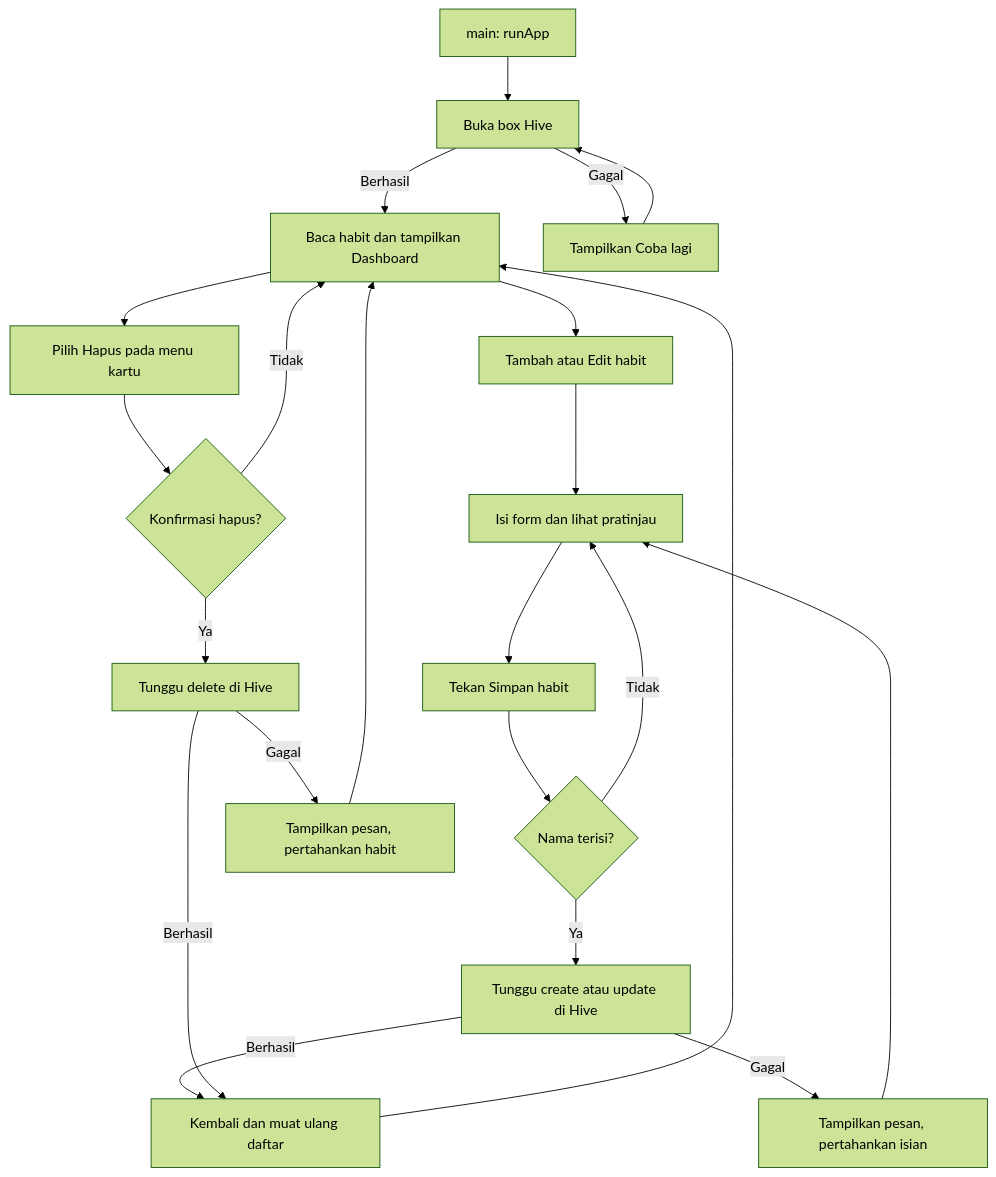
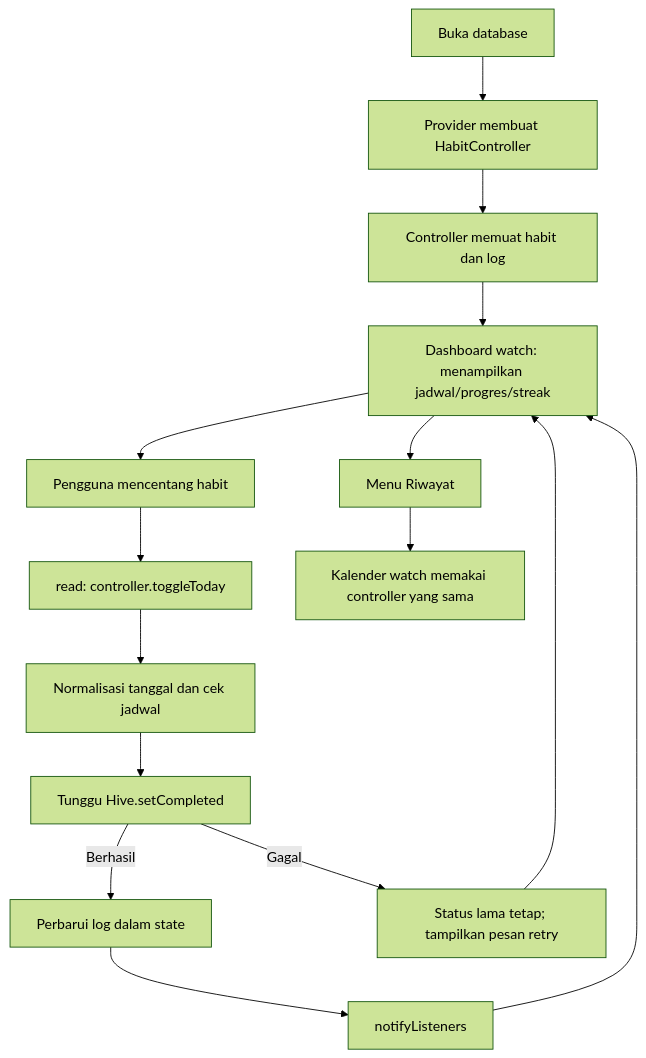
Before and after one commit to sanzskuy09/habbit-tracker: the second of 2 diagrams in README.md, drawn with Mermaid (forest theme). The commit also changed other lines of this file and 36 other files, not shown here.

````diff
--- a/README.md
+++ b/README.md
@@ -116,24 +199,17 @@
 ```mermaid
 flowchart TD
-    A[main: runApp] --> B[Buka box Hive]
-    B -- Berhasil --> C[Baca habit dan tampilkan Dashboard]
-    B -- Gagal --> D[Tampilkan Coba lagi]
-    D --> B
-    C --> E[Tambah atau Edit habit]
-    E --> F[Isi form dan lihat pratinjau]
-    F --> G[Tekan Simpan habit]
-    G --> H{Nama terisi?}
-    H -- Tidak --> F
-    H -- Ya --> I[Tunggu create atau update di Hive]
-    I -- Berhasil --> J[Kembali dan muat ulang daftar]
-    I -- Gagal --> K[Tampilkan pesan, pertahankan isian]
-    K --> F
-    C --> L[Pilih Hapus pada menu kartu]
-    L --> M{Konfirmasi hapus?}
-    M -- Ya --> N[Tunggu delete di Hive]
-    M -- Tidak --> C
-    N -- Berhasil --> J
-    N -- Gagal --> O[Tampilkan pesan, pertahankan habit]
-    O --> C
-    J --> C
+    A[Buka database] --> B[Provider membuat HabitController]
+    B --> C[Controller memuat habit dan log]
+    C --> D[Dashboard watch: menampilkan jadwal/progres/streak]
+    D --> E[Pengguna mencentang habit]
+    E --> F[read: controller.toggleToday]
+    F --> G[Normalisasi tanggal dan cek jadwal]
+    G --> H[Tunggu Hive.setCompleted]
+    H -- Berhasil --> I[Perbarui log dalam state]
+    I --> J[notifyListeners]
+    J --> D
+    H -- Gagal --> K[Status lama tetap; tampilkan pesan retry]
+    K --> D
+    D --> L[Menu Riwayat]
+    L --> M[Kalender watch memakai controller yang sama]
 ```
````
